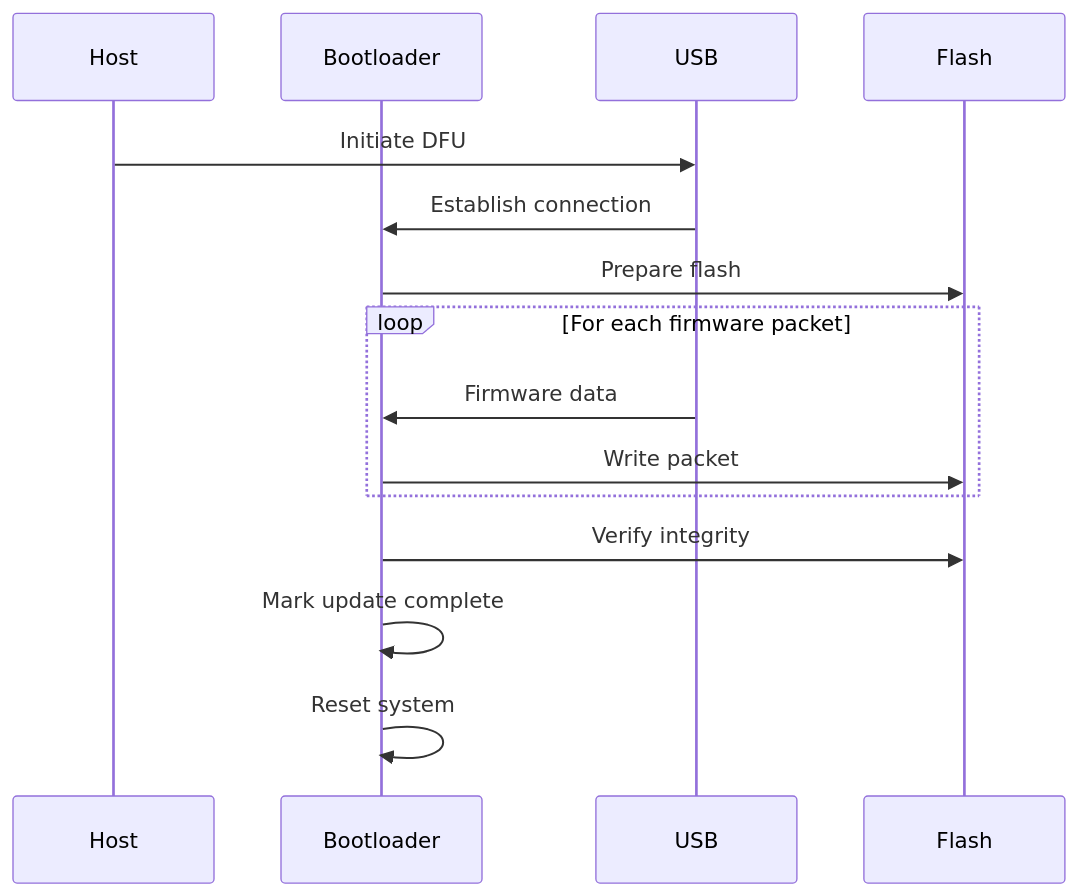
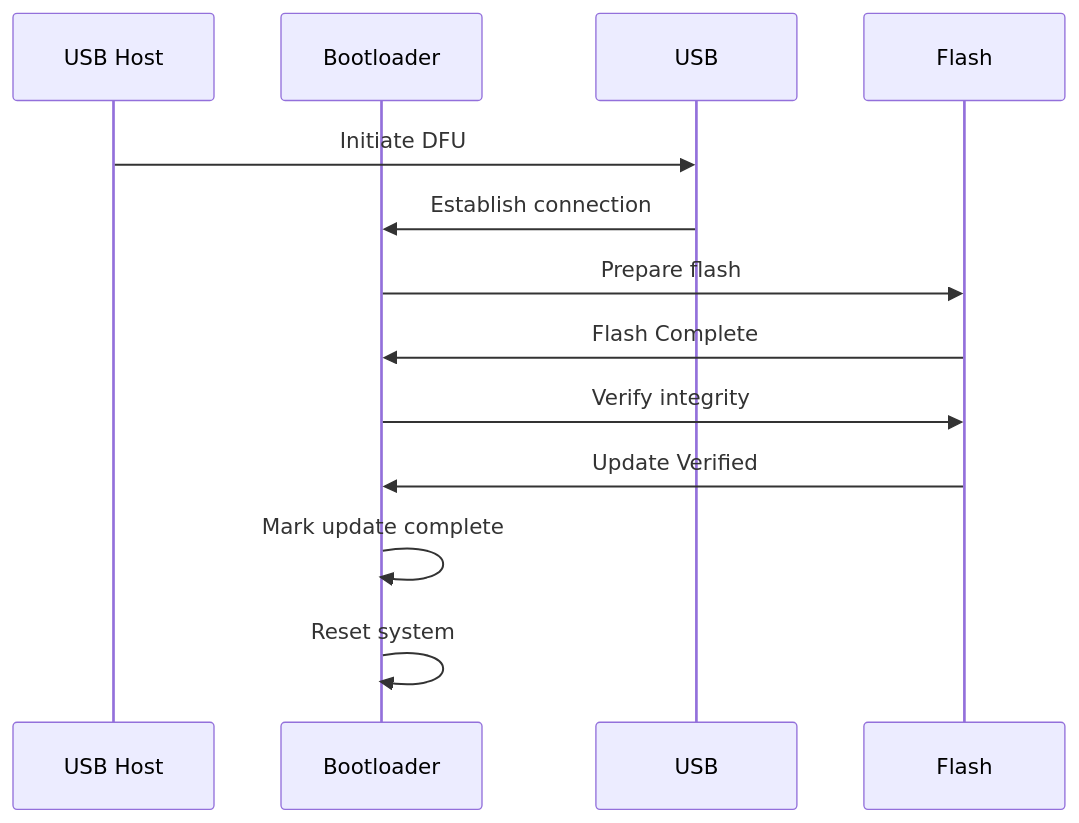
One commit to csg523/project-p1-nrf52-bootloader changed the second of 4 diagrams in docs/sections/sdlc-traceability.md. Above: the diagram before and after it, drawn with Mermaid. The commit also changed other lines of this file, not shown here.

Commit message:
Sequence diagram done

````diff
--- a/docs/sections/sdlc-traceability.md
+++ b/docs/sections/sdlc-traceability.md
@@ -29,18 +34,18 @@
 ```mermaid
 sequenceDiagram
-    participant Host
+    participant USB Host
     participant Bootloader
     participant USB
     participant Flash
 
-    Host->>USB: Initiate DFU
+    USB Host->>USB: Initiate DFU
     USB->>Bootloader: Establish connection
     Bootloader->>Flash: Prepare flash
-    loop For each firmware packet
-        USB->>Bootloader: Firmware data
-        Bootloader->>Flash: Write packet
-    end
+    Flash->>Bootloader: Flash Complete
+    
     Bootloader->>Flash: Verify integrity
+    Flash->>Bootloader: Update Verified
+
     Bootloader->>Bootloader: Mark update complete
     Bootloader->>Bootloader: Reset system
 ```
````
